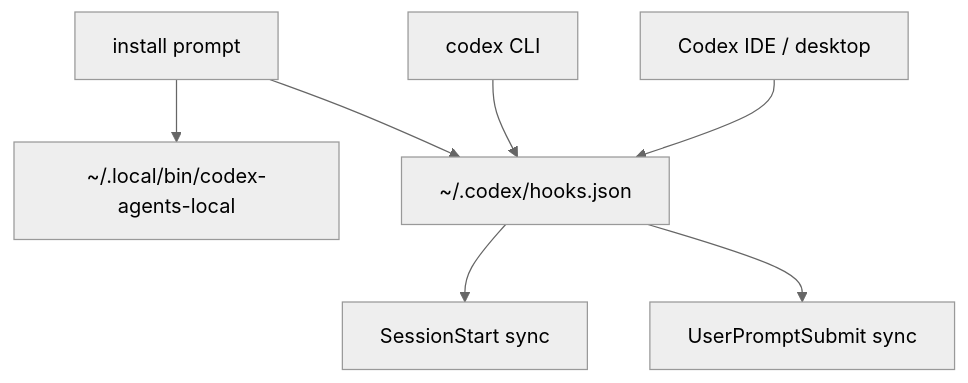
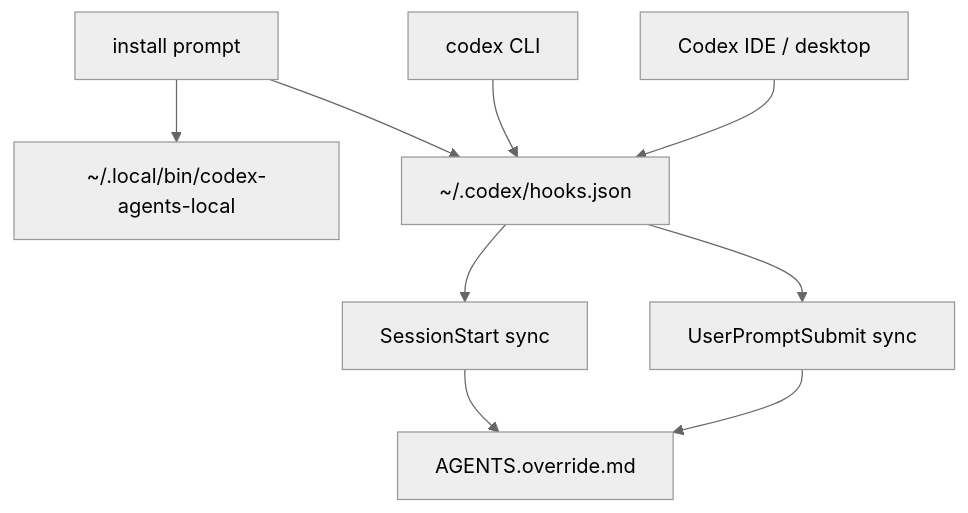
The diagram in README.md (samzong/codex-agents-local), drawn with Mermaid (neutral theme) before and after one commit. The commit also changed other lines of this file and 3 other files, not shown here.

````diff
--- a/README.md
+++ b/README.md
@@ -26,10 +71,12 @@
 ```mermaid
 flowchart TD
   I["install prompt"] --> B["~/.local/bin/codex-agents-local"]
   I --> H["~/.codex/hooks.json"]
 
   C["codex CLI"] --> H
   D["Codex IDE / desktop"] --> H
   H --> S["SessionStart sync"]
   H --> U["UserPromptSubmit sync"]
+  S --> O["AGENTS.override.md"]
+  U --> O
 ```
````
